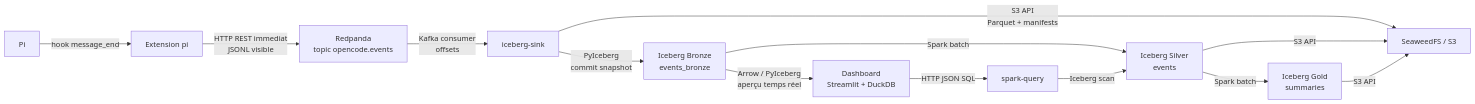
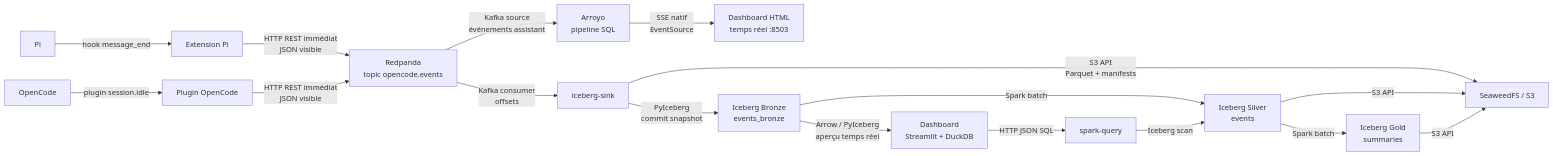
Before and after one commit to romainb122/esn81-big-data: the diagram in opencode-s3-observatory/docs/guide/architecture.md, drawn with Mermaid. The commit also changed other lines of this file and 9 other files, not shown here.

Commit message:
add real direct with arroyo -> SSE -> html dashboard

````diff
--- a/opencode-s3-observatory/docs/guide/architecture.md
+++ b/opencode-s3-observatory/docs/guide/architecture.md
@@ -12,15 +12,19 @@
 ```mermaid
 flowchart LR
-  PI["Pi"] -->|"hook message_end"| EX["Extension pi"]
-  EX -->|"HTTP REST immediat<br/>JSONL visible"| RP["Redpanda<br/>topic opencode.events"]
+  PI["Pi"] -->|"hook message_end"| EX["Extension Pi"]
+  OC["OpenCode"] -->|"plugin session.idle"| EX2["Plugin OpenCode"]
+  EX -->|"HTTP REST immédiat<br/>JSON visible"| RP["Redpanda<br/>topic opencode.events"]
+  EX2 -->|"HTTP REST immédiat<br/>JSON visible"| RP
   RP -->|"Kafka consumer<br/>offsets"| SINK["iceberg-sink"]
+  RP -->|"Kafka source<br/>événements assistant"| ARROYO["Arroyo<br/>pipeline SQL"]
+  ARROYO -->|"SSE natif<br/>EventSource"| LIVE["Dashboard HTML<br/>temps réel :8503"]
   SINK -->|"PyIceberg<br/>commit snapshot"| BRONZE["Iceberg Bronze<br/>events_bronze"]
   BRONZE -->|"Spark batch"| SILVER["Iceberg Silver<br/>events"]
   SILVER -->|"Spark batch"| GOLD["Iceberg Gold<br/>summaries"]
   BRONZE -->|"Arrow / PyIceberg<br/>aperçu temps réel"| DASH["Dashboard<br/>Streamlit + DuckDB"]
   DASH -->|"HTTP JSON SQL"| QUERY["spark-query"]
   QUERY -->|"Iceberg scan"| SILVER
   SINK -->|"S3 API<br/>Parquet + manifests"| S3["SeaweedFS / S3"]
   SILVER -->|"S3 API"| S3
   GOLD -->|"S3 API"| S3
 ```
````
